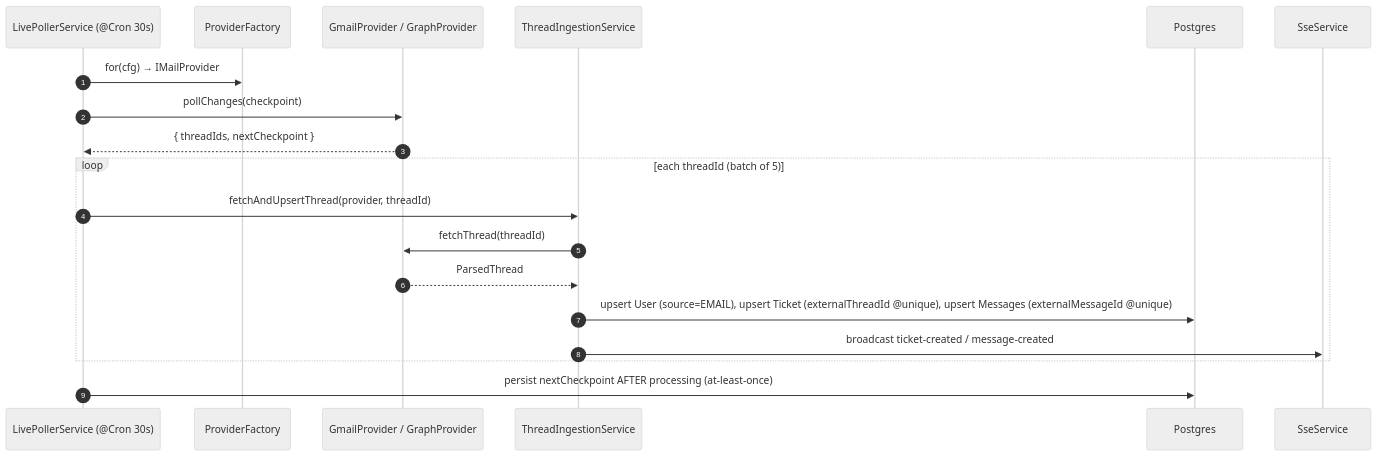
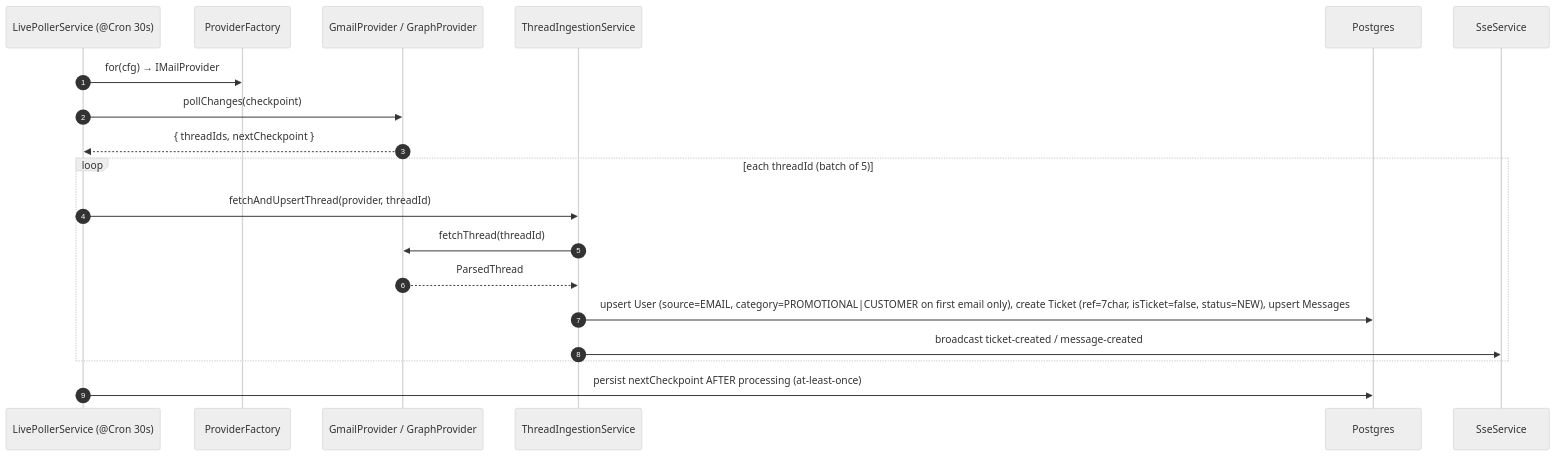
The first of 3 diagrams in docs/atlas/email.md (Vignesh-Siva96/tmr_athena), drawn with Mermaid (neutral theme) before and after one commit. The commit also changed other lines of this file and 210 other files, not shown here.

````diff
--- a/docs/atlas/email.md
+++ b/docs/atlas/email.md
@@ -32,22 +32,22 @@
 ```mermaid
 sequenceDiagram
   autonumber
   participant Cron as LivePollerService (@Cron 30s)
   participant Factory as ProviderFactory
   participant Provider as GmailProvider / GraphProvider
   participant Ingestion as ThreadIngestionService
   participant DB as Postgres
   participant SSE as SseService
 
   Cron->>Factory: for(cfg) → IMailProvider
   Cron->>Provider: pollChanges(checkpoint)
   Provider-->>Cron: { threadIds, nextCheckpoint }
   loop each threadId (batch of 5)
     Cron->>Ingestion: fetchAndUpsertThread(provider, threadId)
     Ingestion->>Provider: fetchThread(threadId)
     Provider-->>Ingestion: ParsedThread
-    Ingestion->>DB: upsert User (source=EMAIL), upsert Ticket (externalThreadId @unique), upsert Messages (externalMessageId @unique)
+    Ingestion->>DB: upsert User (source=EMAIL, category=PROMOTIONAL|CUSTOMER on first email only), create Ticket (ref=7char, isTicket=false, status=NEW), upsert Messages
     Ingestion->>SSE: broadcast ticket-created / message-created
   end
   Cron->>DB: persist nextCheckpoint AFTER processing (at-least-once)
 ```
````
